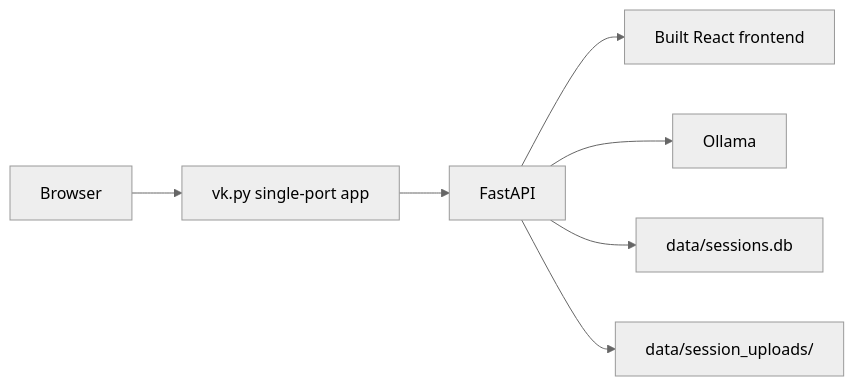
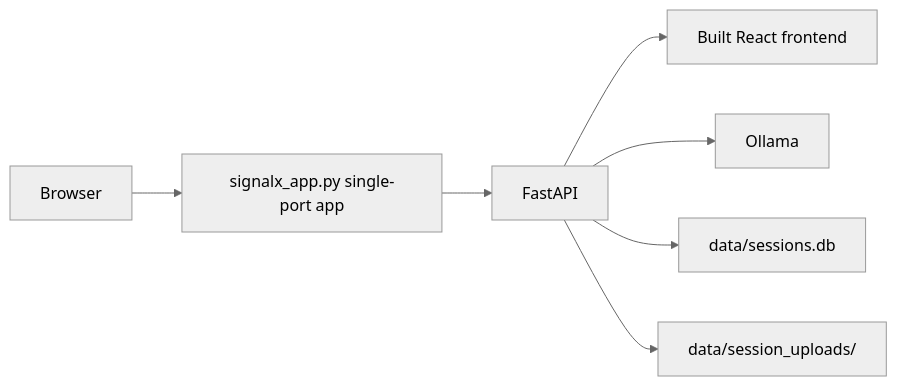
The second of 8 diagrams in docs/PLATFORM_OVERVIEW.md (saimihirj/Sift), drawn with Mermaid (neutral theme) before and after one commit. The commit also changed other lines of this file and 22 other files, not shown here.

````diff
--- a/docs/PLATFORM_OVERVIEW.md
+++ b/docs/PLATFORM_OVERVIEW.md
@@ -143,9 +143,9 @@
 ```mermaid
 flowchart LR
-    B["Browser"] --> APP["vk.py single-port app"]
+    B["Browser"] --> APP["signalx_app.py single-port app"]
     APP --> FAST["FastAPI"]
     FAST --> DIST["Built React frontend"]
     FAST --> OLL["Ollama"]
     FAST --> SQL["data/sessions.db"]
     FAST --> UPL["data/session_uploads/"]
 ```
````
